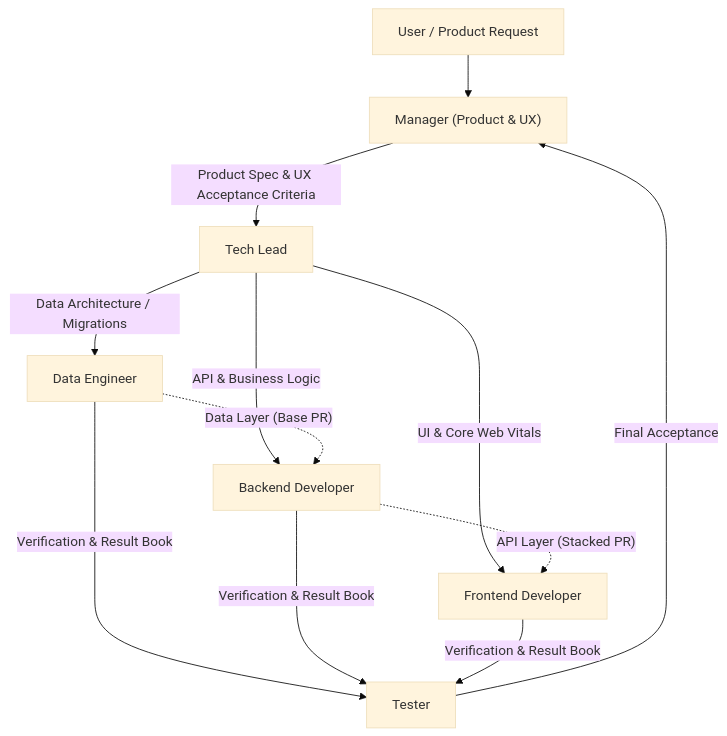
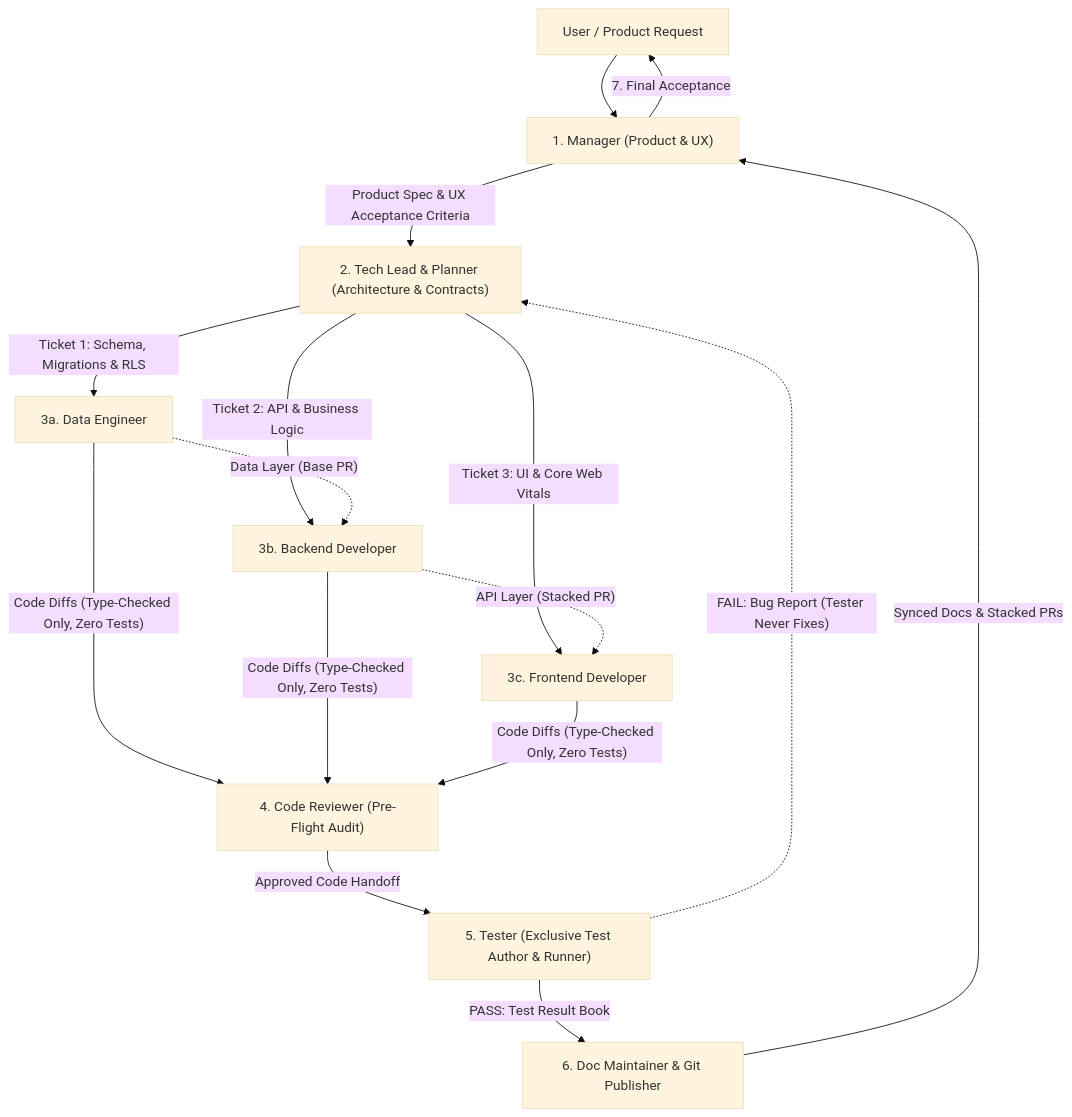
One commit to pato-byepaper/agentic-engineering changed the diagram in AGENTS.md. Above: the diagram before and after it, drawn with Mermaid (base theme). The commit also changed other lines of this file, not shown here.

````diff
--- a/AGENTS.md
+++ b/AGENTS.md
@@ -7,12 +7,16 @@
 ```mermaid
 flowchart TD
-    User["User / Product Request"] --> M["Manager (Product & UX)"]
-    M -->|"Product Spec & UX Acceptance Criteria"| TL["Tech Lead"]
-    TL -->|"Data Architecture / Migrations"| DE["Data Engineer"]
-    TL -->|"API & Business Logic"| BE["Backend Developer"]
-    TL -->|"UI & Core Web Vitals"| FE["Frontend Developer"]
+    User["User / Product Request"] --> M["1. Manager (Product & UX)"]
+    M -->|"Product Spec & UX Acceptance Criteria"| TL["2. Tech Lead & Planner (Architecture & Contracts)"]
+    TL -->|"Ticket 1: Schema, Migrations & RLS"| DE["3a. Data Engineer"]
+    TL -->|"Ticket 2: API & Business Logic"| BE["3b. Backend Developer"]
+    TL -->|"Ticket 3: UI & Core Web Vitals"| FE["3c. Frontend Developer"]
     DE -.->|"Data Layer (Base PR)"| BE
     BE -.->|"API Layer (Stacked PR)"| FE
-    DE & BE & FE -->|"Verification & Result Book"| T["Tester"]
-    T -->|"Final Acceptance"| M
+    DE & BE & FE -->|"Code Diffs (Type-Checked Only, Zero Tests)"| CR["4. Code Reviewer (Pre-Flight Audit)"]
+    CR -->|"Approved Code Handoff"| T["5. Tester (Exclusive Test Author & Runner)"]
+    T -.->|"FAIL: Bug Report (Tester Never Fixes)"| TL
+    T -->|"PASS: Test Result Book"| DM["6. Doc Maintainer & Git Publisher"]
+    DM -->|"Synced Docs & Stacked PRs"| M
+    M -->|"7. Final Acceptance"| User
 ```
````
